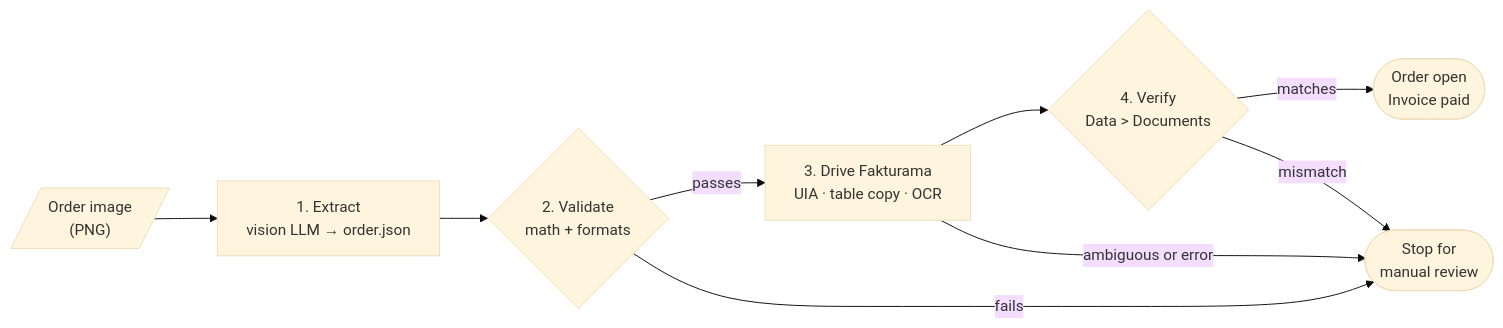
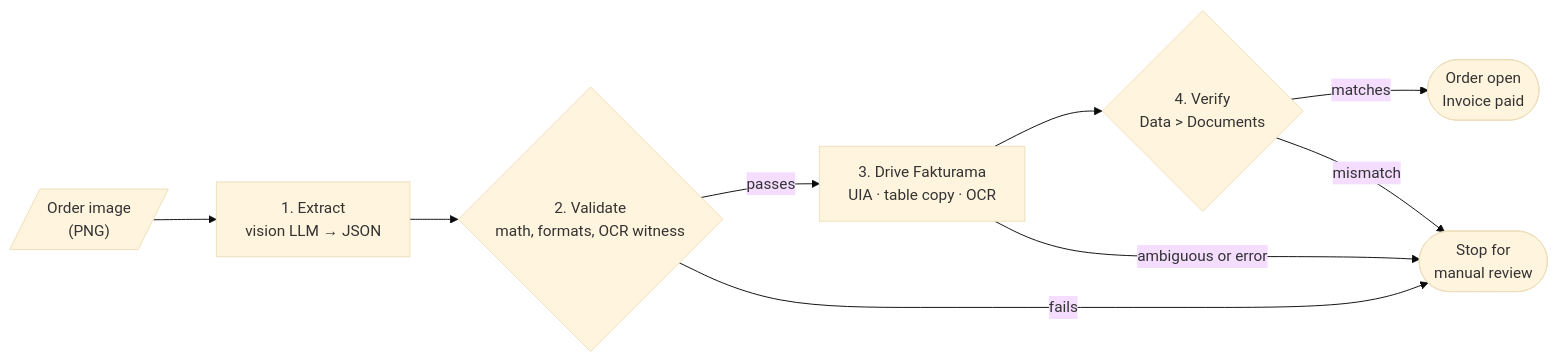
One commit to MooSayed1/Fakturama changed the diagram in README.md. Above: the diagram before and after it, drawn with Mermaid (base theme). The commit also changed other lines of this file, not shown here.

````diff
--- a/README.md
+++ b/README.md
@@ -9,11 +9,11 @@
 ```mermaid
 flowchart LR
-    IMG[/"Order image<br>(PNG)"/] --> EX["1. Extract<br>vision LLM → order.json"]
-    EX --> VAL{"2. Validate<br>math + formats"}
+    IMG[/"Order image<br>(PNG)"/] --> EX["1. Extract<br>vision LLM → JSON"]
+    EX --> VAL{"2. Validate<br>math, formats, OCR witness"}
     VAL -- "passes" --> DRIVE["3. Drive Fakturama<br>UIA · table copy · OCR"]
     DRIVE --> VER{"4. Verify<br>Data > Documents"}
     VER -- "matches" --> DONE(["Order open<br>Invoice paid"])
     VAL -- "fails" --> STOP(["Stop for<br>manual review"])
     DRIVE -- "ambiguous or error" --> STOP
     VER -- "mismatch" --> STOP
 ```
````
